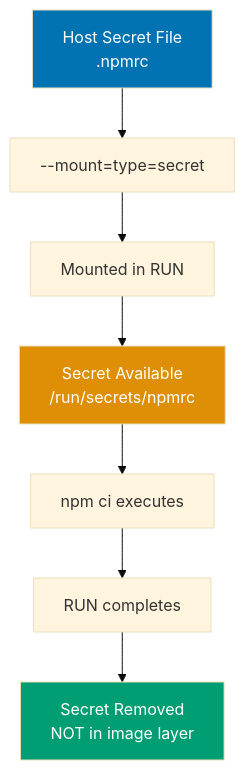
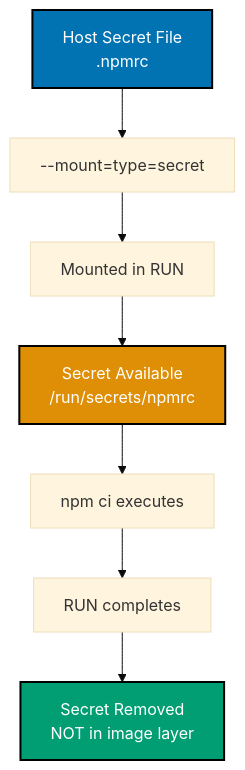
The third of 11 diagrams in apps/ayokoding-web/content/en/learn/software-engineering/infrastructure/tools/docker/by-example/intermediate.md (wahidyankf/open-sharia-enterprise), drawn with Mermaid (base theme) before and after one commit. The commit also changed other lines of this file and 25 other files, not shown here.

````diff
--- a/apps/ayokoding-web/content/en/learn/software-engineering/infrastructure/tools/docker/by-example/intermediate.md
+++ b/apps/ayokoding-web/content/en/learn/software-engineering/infrastructure/tools/docker/by-example/intermediate.md
@@ -483,13 +485,14 @@
 ```mermaid
+%% Color Palette: Blue #0173B2, Orange #DE8F05, Teal #029E73, Purple #CC78BC, Brown #CA9161
 graph TD
  A["Host Secret File<br/>.npmrc"] --> B["--mount=type=secret"]
  B --> C["Mounted in RUN"]
  C --> D["Secret Available<br/>/run/secrets/npmrc"]
  D --> E["npm ci executes"]
  E --> F["RUN completes"]
  F --> G["Secret Removed<br/>NOT in image layer"]
 
- style A fill:#0173B2,color:#fff
- style D fill:#DE8F05,color:#fff
- style G fill:#029E73,color:#fff
+ style A fill:#0173B2,stroke:#000000,stroke-width:2px,color:#fff
+ style D fill:#DE8F05,stroke:#000000,stroke-width:2px,color:#fff
+ style G fill:#029E73,stroke:#000000,stroke-width:2px,color:#fff
 ```
````
